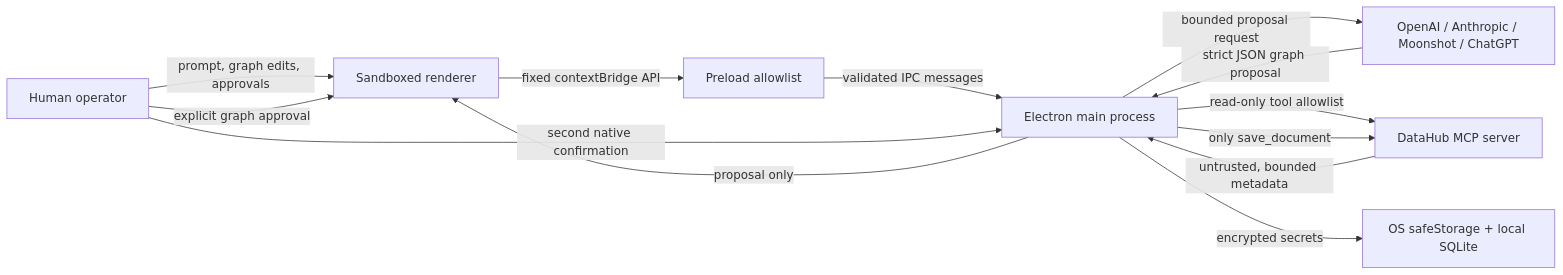
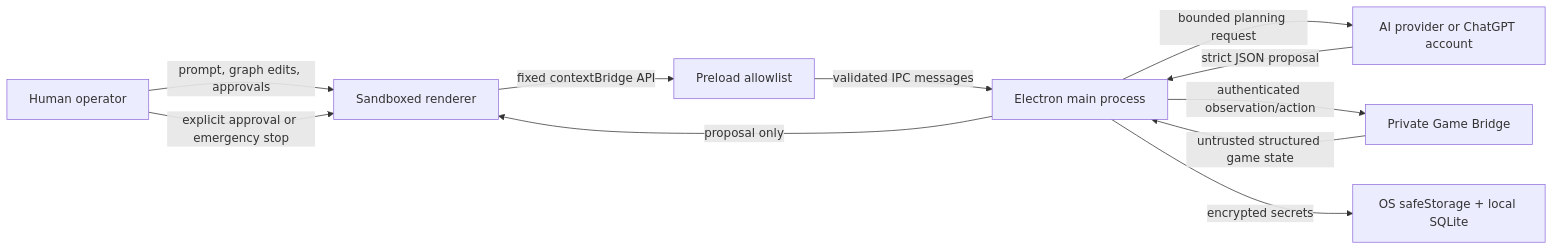
One commit to Complexity-ML/game-lab changed the diagram in docs/threat-model.md. Above: the diagram before and after it, drawn with Mermaid. The commit also changed other lines of this file and 184 other files, not shown here.

````diff
--- a/docs/threat-model.md
+++ b/docs/threat-model.md
@@ -7,15 +7,13 @@
 ```mermaid
 flowchart LR
   U["Human operator"] -->|prompt, graph edits, approvals| R["Sandboxed renderer"]
   R -->|fixed contextBridge API| P["Preload allowlist"]
   P -->|validated IPC messages| M["Electron main process"]
-  M -->|bounded proposal request| A["OpenAI / Anthropic / Moonshot / ChatGPT"]
-  M -->|read-only tool allowlist| D["DataHub MCP server"]
-  D -->|untrusted, bounded metadata| M
-  A -->|strict JSON graph proposal| M
+  M -->|bounded planning request| A["AI provider or ChatGPT account"]
+  M -->|authenticated observation/action| G["Private Game Bridge"]
+  G -->|untrusted structured game state| M
+  A -->|strict JSON proposal| M
   M -->|proposal only| R
-  U -->|explicit graph approval| R
-  U -->|second native confirmation| M
-  M -->|only save_document| D
+  U -->|explicit approval or emergency stop| R
   M -->|encrypted secrets| S["OS safeStorage + local SQLite"]
 ```
````
